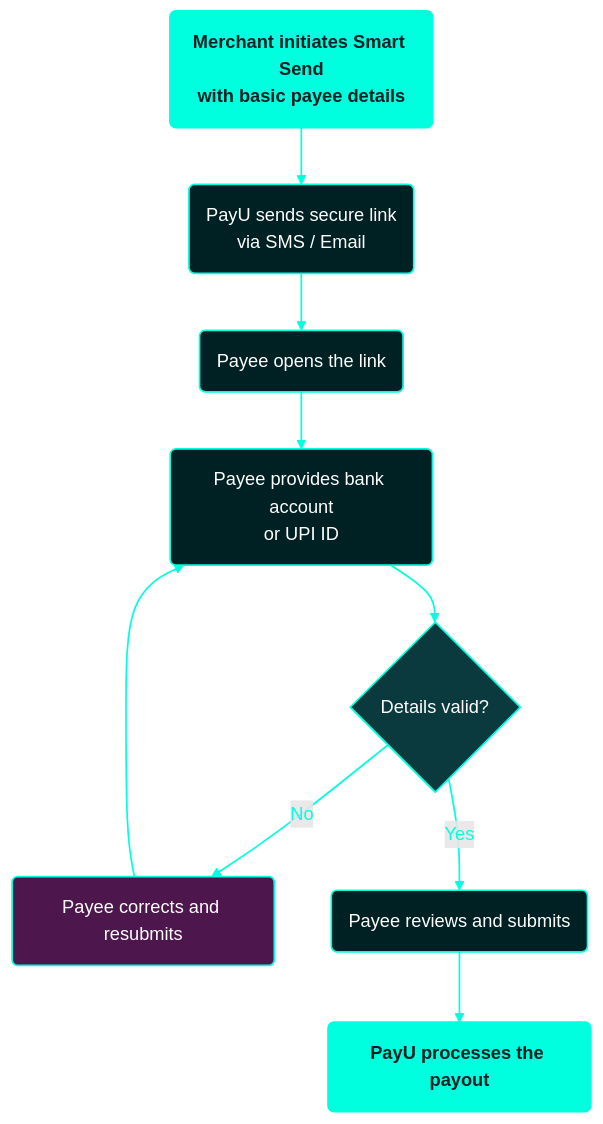
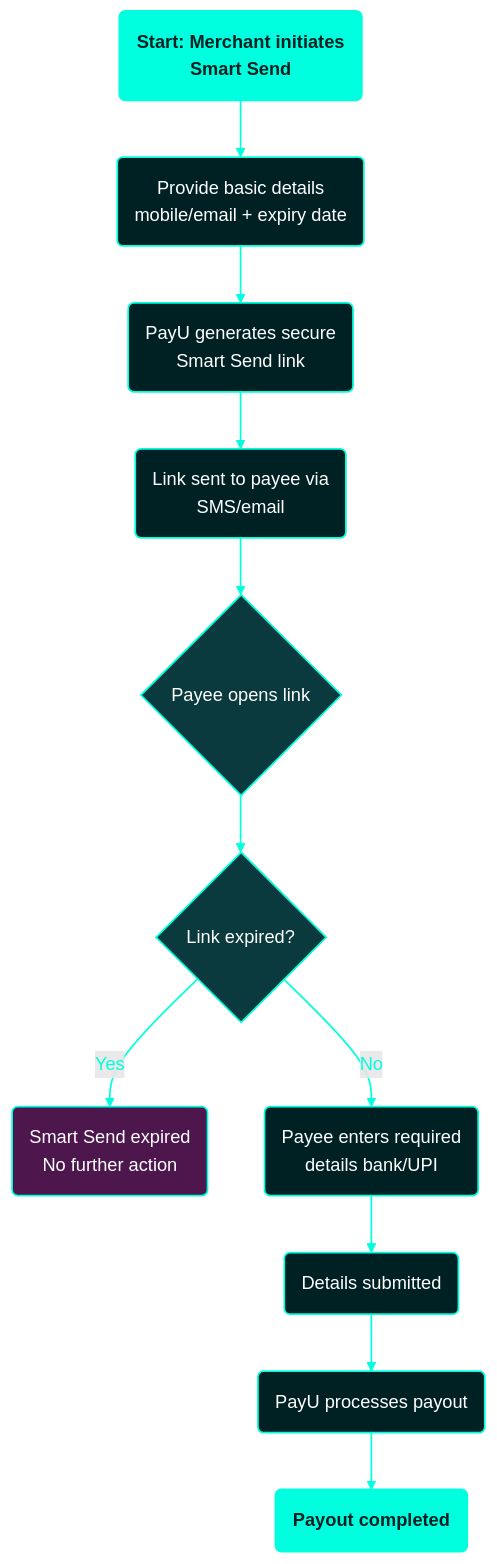
The diagram in docs/payouts/payouts-integration/smart-send-introduction/index.md (payu-india/CMS-Chatbot), drawn with Mermaid before and after one commit.

Commit message:
Update doc `smart-send-introduction`

````diff
--- a/docs/payouts/payouts-integration/smart-send-introduction/index.md
+++ b/docs/payouts/payouts-integration/smart-send-introduction/index.md
@@ -70,25 +70,28 @@
 ```mermaid
 flowchart TD
-    A(Merchant initiates Smart Send<br/>with basic payee details) --> B(PayU sends secure link<br/>via SMS / Email)
-    B --> C(Payee opens the link)
-    C --> D(Payee provides bank account<br/>or UPI ID)
-    D --> E{Details valid?}
-    E -->|No| F(Payee corrects and resubmits)
-    F --> D
-    E -->|Yes| G(Payee reviews and submits)
-    G --> H(PayU processes the payout)
+    A(Start: Merchant initiates<br/>Smart Send) --> B(Provide basic details<br/>mobile/email + expiry date)
+    B --> C(PayU generates secure<br/>Smart Send link)
+    C --> D(Link sent to payee via<br/>SMS/email)
+    D --> E{Payee opens link}
+    E --> F{Link expired?}
+    F -->|Yes| G(Smart Send expired<br/>No further action)
+    F -->|No| H(Payee enters required<br/>details bank/UPI)
+    H --> I(Details submitted)
+    I --> J(PayU processes payout)
+    J --> K(Payout completed)
 
     classDef start fill:#00ffde,stroke:#00ffde,stroke-width:2px,color:#002124,font-weight:bold
     classDef process fill:#002124,stroke:#00ffde,stroke-width:1.5px,color:#ffffff
     classDef decision fill:#0a3a3d,stroke:#00ffde,stroke-width:1.5px,color:#ffffff
-    classDef holding fill:#4d174d,stroke:#00ffde,stroke-width:1.5px,color:#ffffff
+    classDef terminal fill:#4d174d,stroke:#00ffde,stroke-width:1.5px,color:#ffffff
     classDef success fill:#00ffde,stroke:#00ffde,stroke-width:2px,color:#002124,font-weight:bold
 
     class A start
-    class B,C,D,G process
-    class E decision
-    class F holding
-    class H success
+    class B,C,D,H,I,J process
+    class E,F decision
+    class G terminal
+    class K success
 
     linkStyle default stroke:#00ffde,stroke-width:1.5px,color:#00ffde
+
 ```
````
